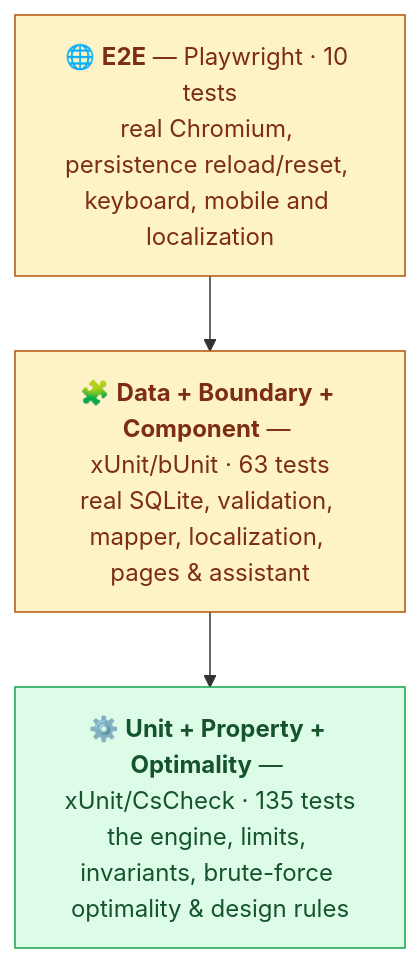
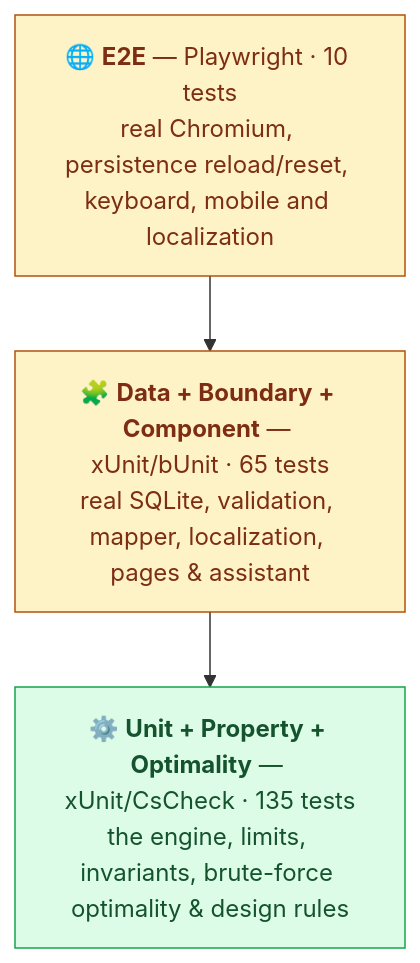
The diagram in docs/TESTING.md (aco993/WorkPlanStudio), drawn with Mermaid before and after one commit. The commit also changed 24 other files, not shown here.

````diff
--- a/docs/TESTING.md
+++ b/docs/TESTING.md
@@ -14,13 +14,13 @@
 ```mermaid
 graph TD
     E2E["🌐 <b>E2E</b> — Playwright · 10 tests<br/>real Chromium, persistence reload/reset, keyboard, mobile and localization"]
-    WEB["🧩 <b>Data + Boundary + Component</b> — xUnit/bUnit · 63 tests<br/>real SQLite, validation, mapper, localization, pages &amp; assistant"]
+    WEB["🧩 <b>Data + Boundary + Component</b> — xUnit/bUnit · 65 tests<br/>real SQLite, validation, mapper, localization, pages &amp; assistant"]
     UNIT["⚙️ <b>Unit + Property + Optimality</b> — xUnit/CsCheck · 135 tests<br/>the engine, limits, invariants, brute-force optimality &amp; design rules"]
 
     E2E --> WEB --> UNIT
 
     classDef fast fill:#dcfce7,stroke:#16a34a,color:#14532d;
     classDef slow fill:#fef3c7,stroke:#b45309,color:#7c2d12;
     class UNIT fast;
     class WEB,E2E slow;
 ```
````
